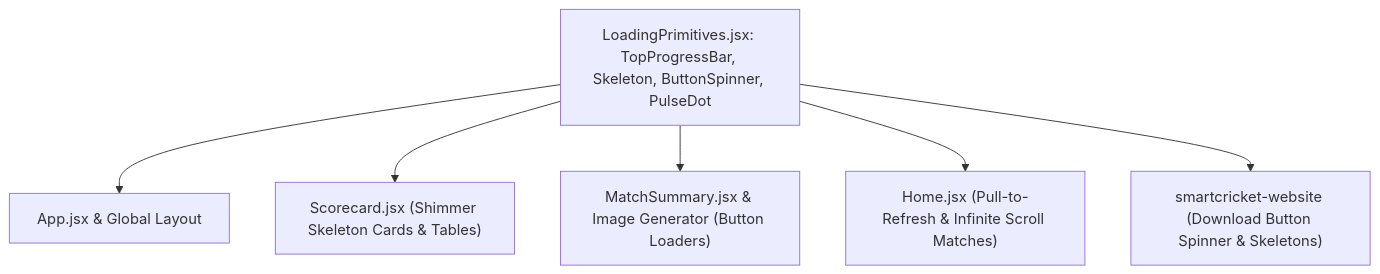
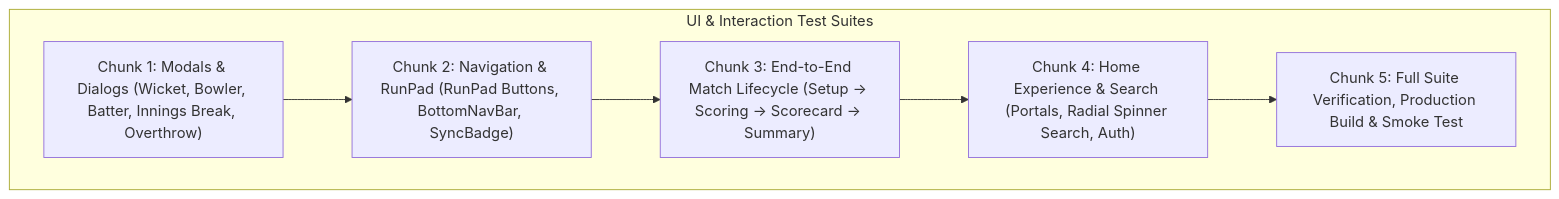
One commit to syedmaazalam/cricket-scorer changed the diagram in plan.md. Above: the diagram before and after it, drawn with Mermaid. The commit also changed other lines of this file and 4 other files, not shown here.

Commit message:
test: full e2e and ui test suites for modals, controls, and match workflow

````diff
--- a/plan.md
+++ b/plan.md
@@ -16,8 +10,11 @@
 ```mermaid
 flowchart TD
-    Primitives["LoadingPrimitives.jsx: TopProgressBar, Skeleton, ButtonSpinner, PulseDot"] --> AppUI["App.jsx & Global Layout"]
-    Primitives --> ScorecardSkeleton["Scorecard.jsx (Shimmer Skeleton Cards & Tables)"]
-    Primitives --> ButtonState["MatchSummary.jsx & Image Generator (Button Loaders)"]
-    Primitives --> PullRefresh["Home.jsx (Pull-to-Refresh & Infinite Scroll Matches)"]
-    Primitives --> WebSite["smartcricket-website (Download Button Spinner & Skeletons)"]
+    subgraph UI_Verification["UI & Interaction Test Suites"]
+        C1["Chunk 1: Modals & Dialogs (Wicket, Bowler, Batter, Innings Break, Overthrow)"]
+        C2["Chunk 2: Navigation & RunPad (RunPad Buttons, BottomNavBar, SyncBadge)"]
+        C3["Chunk 3: End-to-End Match Lifecycle (Setup -> Scoring -> Scorecard -> Summary)"]
+        C4["Chunk 4: Home Experience & Search (Portals, Radial Spinner Search, Auth)"]
+        C5["Chunk 5: Full Suite Verification, Production Build & Smoke Test"]
+    end
+    C1 --> C2 --> C3 --> C4 --> C5
 ```
````
